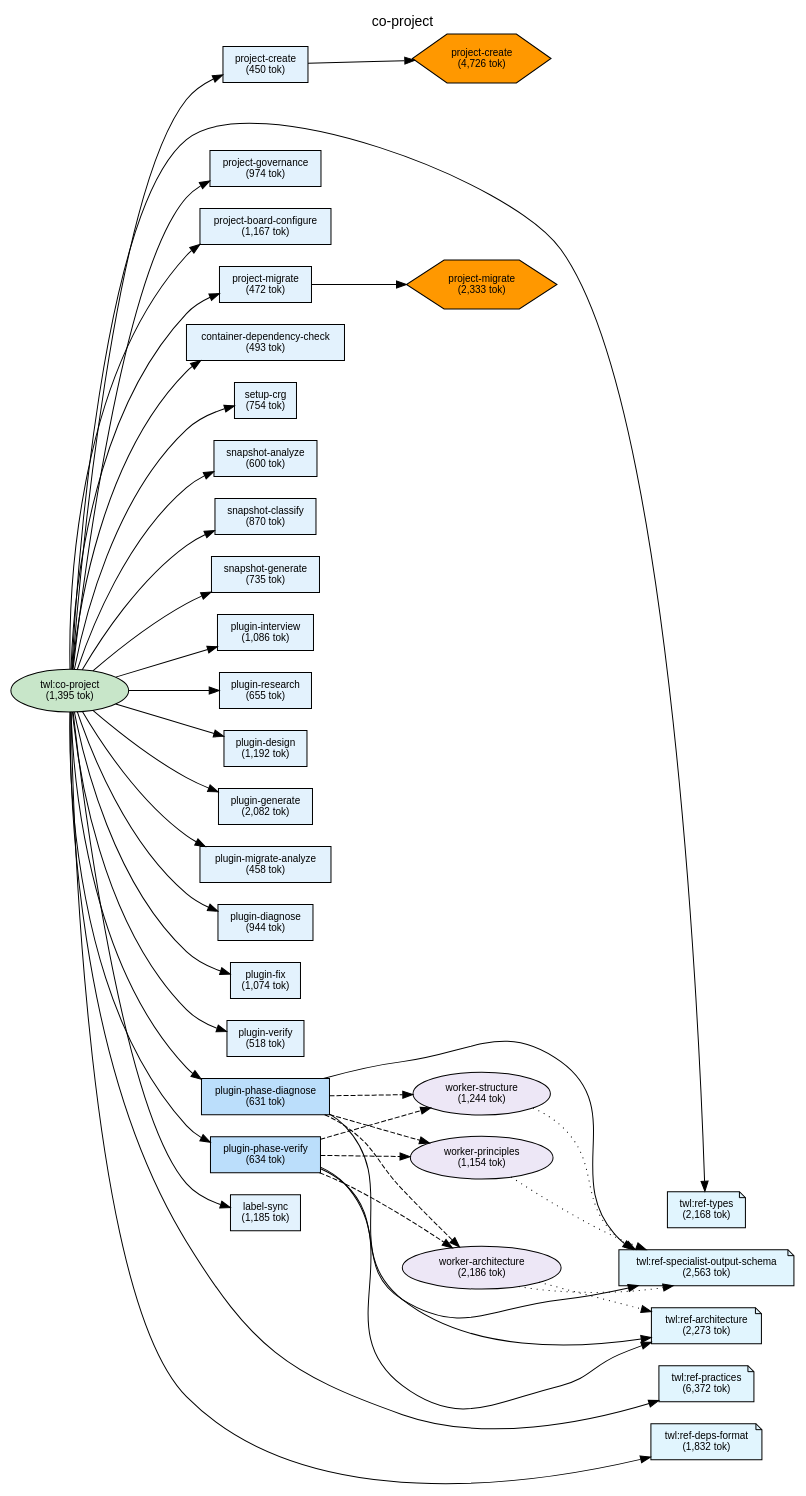
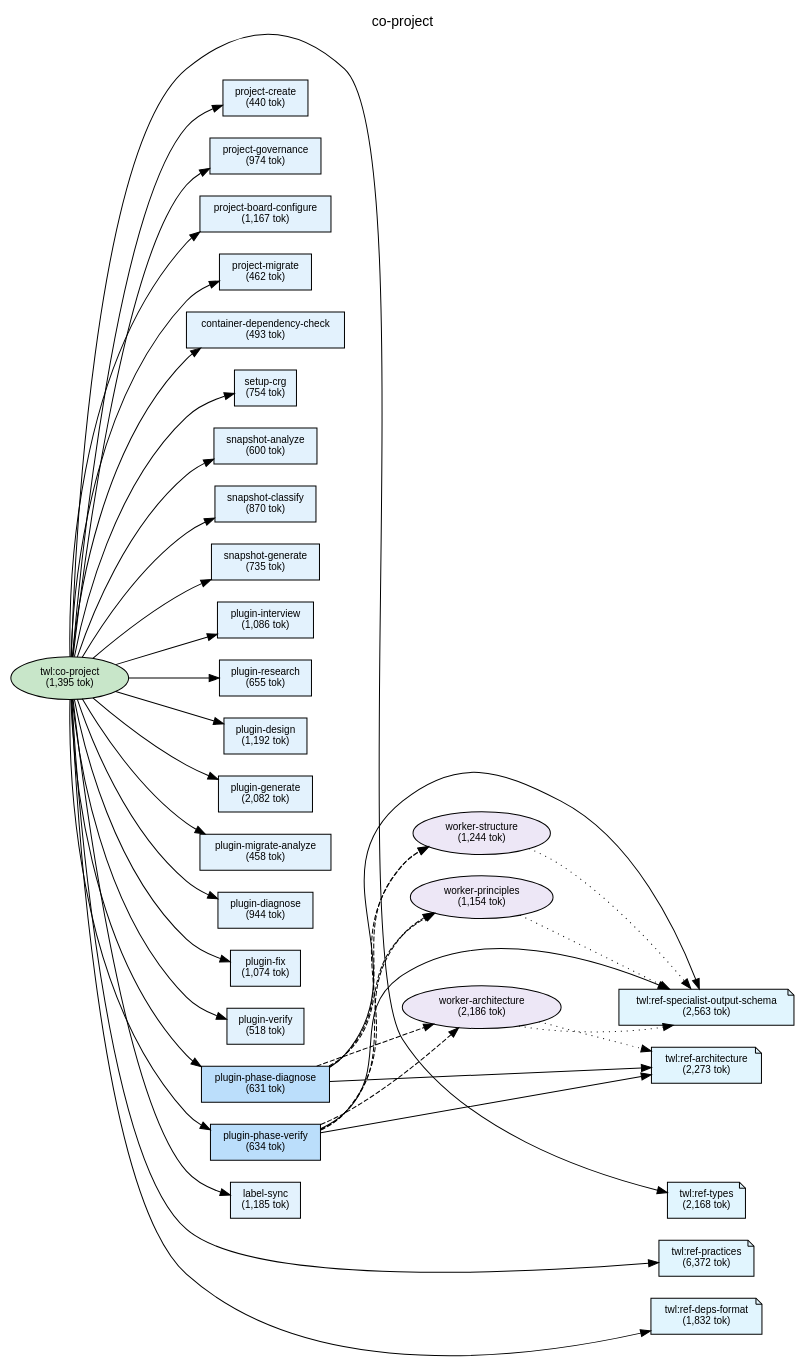
Before and after one commit to shuu5/twill: the diagram in plugins/twl/docs/deps-co-project.dot, drawn with Graphviz. The commit also changed 23 other files, not shown here.

```diff
--- a/plugins/twl/docs/deps-co-project.dot
+++ b/plugins/twl/docs/deps-co-project.dot
@@ -1,145 +1,140 @@
 digraph Dependencies {
     // Graph settings
     rankdir=LR;
     ranksep=0.8;
     nodesep=0.3;
     fontname="Helvetica";
     node [fontname="Helvetica", fontsize=10];
     edge [fontname="Helvetica", fontsize=9];
     label="co-project";
     labelloc=t;
     fontsize=14;
 
     // L0: Controller Skills
     skill_co_project [label="twl:co-project\n(1,395 tok)", shape=ellipse, style=filled, fillcolor="#c8e6c9"];
 
     // L0: Launchers
 
     // L0.5: Workflow Skills
 
     // Reference Skills
     skill_ref_specialist_output_schema [label="twl:ref-specialist-output-schema\n(2,563 tok)", shape=note, style=filled, fillcolor="#e1f5fe"];
     skill_ref_types [label="twl:ref-types\n(2,168 tok)", shape=note, style=filled, fillcolor="#e1f5fe"];
     skill_ref_practices [label="twl:ref-practices\n(6,372 tok)", shape=note, style=filled, fillcolor="#e1f5fe"];
     skill_ref_deps_format [label="twl:ref-deps-format\n(1,832 tok)", shape=note, style=filled, fillcolor="#e1f5fe"];
     skill_ref_architecture [label="twl:ref-architecture\n(2,273 tok)", shape=note, style=filled, fillcolor="#e1f5fe"];
 
     // L1: Direct Commands
     cmd_label_sync [label="label-sync\n(1,185 tok)", shape=box, style=filled, fillcolor="#e3f2fd"];
-    cmd_project_create [label="project-create\n(450 tok)", shape=box, style=filled, fillcolor="#e3f2fd"];
+    cmd_project_create [label="project-create\n(440 tok)", shape=box, style=filled, fillcolor="#e3f2fd"];
     cmd_project_board_configure [label="project-board-configure\n(1,167 tok)", shape=box, style=filled, fillcolor="#e3f2fd"];
     cmd_project_governance [label="project-governance\n(974 tok)", shape=box, style=filled, fillcolor="#e3f2fd"];
-    cmd_project_migrate [label="project-migrate\n(472 tok)", shape=box, style=filled, fillcolor="#e3f2fd"];
+    cmd_project_migrate [label="project-migrate\n(462 tok)", shape=box, style=filled, fillcolor="#e3f2fd"];
     cmd_container_dependency_check [label="container-dependency-check\n(493 tok)", shape=box, style=filled, fillcolor="#e3f2fd"];
     cmd_setup_crg [label="setup-crg\n(754 tok)", shape=box, style=filled, fillcolor="#e3f2fd"];
     cmd_snapshot_analyze [label="snapshot-analyze\n(600 tok)", shape=box, style=filled, fillcolor="#e3f2fd"];
     cmd_snapshot_classify [label="snapshot-classify\n(870 tok)", shape=box, style=filled, fillcolor="#e3f2fd"];
     cmd_snapshot_generate [label="snapshot-generate\n(735 tok)", shape=box, style=filled, fillcolor="#e3f2fd"];
     cmd_plugin_interview [label="plugin-interview\n(1,086 tok)", shape=box, style=filled, fillcolor="#e3f2fd"];
     cmd_plugin_research [label="plugin-research\n(655 tok)", shape=box, style=filled, fillcolor="#e3f2fd"];
     cmd_plugin_design [label="plugin-design\n(1,192 tok)", shape=box, style=filled, fillcolor="#e3f2fd"];
     cmd_plugin_generate [label="plugin-generate\n(2,082 tok)", shape=box, style=filled, fillcolor="#e3f2fd"];
     cmd_plugin_migrate_analyze [label="plugin-migrate-analyze\n(458 tok)", shape=box, style=filled, fillcolor="#e3f2fd"];
     cmd_plugin_diagnose [label="plugin-diagnose\n(944 tok)", shape=box, style=filled, fillcolor="#e3f2fd"];
     cmd_plugin_fix [label="plugin-fix\n(1,074 tok)", shape=box, style=filled, fillcolor="#e3f2fd"];
     cmd_plugin_verify [label="plugin-verify\n(518 tok)", shape=box, style=filled, fillcolor="#e3f2fd"];
     cmd_plugin_phase_diagnose [label="plugin-phase-diagnose\n(631 tok)", shape=box, style=filled, fillcolor="#bbdefb"];
     cmd_plugin_phase_verify [label="plugin-phase-verify\n(634 tok)", shape=box, style=filled, fillcolor="#bbdefb"];
 
     // L2: Sub Commands
 
     // L3: Agents
     agent_worker_structure [label="worker-structure\n(1,244 tok)", shape=ellipse, style=filled, fillcolor="#ede7f6"];
     agent_worker_principles [label="worker-principles\n(1,154 tok)", shape=ellipse, style=filled, fillcolor="#ede7f6"];
     agent_worker_architecture [label="worker-architecture\n(2,186 tok)", shape=ellipse, style=filled, fillcolor="#ede7f6"];
 
     // L3.5: Scripts
-    script_project_create [label="project-create\n(4,726 tok)", shape=hexagon, style=filled, fillcolor="#FF9800"];
-    script_project_migrate [label="project-migrate\n(2,333 tok)", shape=hexagon, style=filled, fillcolor="#FF9800"];
 
     // L4: External
 
     // Layer constraints
     { rank=same; skill_co_project; }
     { rank=same; skill_ref_specialist_output_schema; skill_ref_types; skill_ref_practices; skill_ref_deps_format; skill_ref_architecture; }
     { rank=same; cmd_label_sync; cmd_project_create; cmd_project_board_configure; cmd_project_governance; cmd_project_migrate; cmd_container_dependency_check; cmd_setup_crg; cmd_snapshot_analyze; cmd_snapshot_classify; cmd_snapshot_generate; cmd_plugin_interview; cmd_plugin_research; cmd_plugin_design; cmd_plugin_generate; cmd_plugin_migrate_analyze; cmd_plugin_diagnose; cmd_plugin_fix; cmd_plugin_verify; cmd_plugin_phase_diagnose; cmd_plugin_phase_verify; }
     { rank=same; agent_worker_structure; agent_worker_principles; agent_worker_architecture; }
-    { rank=same; script_project_create; script_project_migrate; }
 
     // Edges
     skill_co_project -> cmd_project_create;
     skill_co_project -> cmd_project_governance;
     skill_co_project -> cmd_project_board_configure;
     skill_co_project -> cmd_project_migrate;
     skill_co_project -> cmd_container_dependency_check;
     skill_co_project -> cmd_setup_crg;
     skill_co_project -> cmd_snapshot_analyze;
     skill_co_project -> cmd_snapshot_classify;
     skill_co_project -> cmd_snapshot_generate;
     skill_co_project -> cmd_plugin_interview;
     skill_co_project -> cmd_plugin_research;
     skill_co_project -> cmd_plugin_design;
     skill_co_project -> cmd_plugin_generate;
     skill_co_project -> cmd_plugin_migrate_analyze;
     skill_co_project -> cmd_plugin_diagnose;
     skill_co_project -> cmd_plugin_fix;
     skill_co_project -> cmd_plugin_verify;
     skill_co_project -> cmd_plugin_phase_diagnose;
     skill_co_project -> cmd_plugin_phase_verify;
     skill_co_project -> cmd_label_sync;
     skill_co_project -> skill_ref_types;
     skill_co_project -> skill_ref_practices;
     skill_co_project -> skill_ref_deps_format;
-    cmd_project_create -> script_project_create;
-    cmd_project_migrate -> script_project_migrate;
     cmd_plugin_phase_diagnose -> agent_worker_structure [style=dashed];
     cmd_plugin_phase_diagnose -> agent_worker_principles [style=dashed];
     cmd_plugin_phase_diagnose -> agent_worker_architecture [style=dashed];
     cmd_plugin_phase_diagnose -> skill_ref_specialist_output_schema;
     cmd_plugin_phase_diagnose -> skill_ref_architecture;
     cmd_plugin_phase_verify -> agent_worker_structure [style=dashed];
     cmd_plugin_phase_verify -> agent_worker_principles [style=dashed];
     cmd_plugin_phase_verify -> agent_worker_architecture [style=dashed];
     cmd_plugin_phase_verify -> skill_ref_specialist_output_schema;
     cmd_plugin_phase_verify -> skill_ref_architecture;
     agent_worker_structure -> skill_ref_specialist_output_schema [style=dotted];
     agent_worker_principles -> skill_ref_specialist_output_schema [style=dotted];
     agent_worker_architecture -> skill_ref_specialist_output_schema [style=dotted];
     agent_worker_architecture -> skill_ref_architecture [style=dotted];
 
     // Ordering constraints (invisible edges)
     cmd_project_create -> cmd_project_governance [style=invis, weight=10];
     cmd_project_governance -> cmd_project_board_configure [style=invis, weight=10];
     cmd_project_board_configure -> cmd_project_migrate [style=invis, weight=10];
     cmd_project_migrate -> cmd_container_dependency_check [style=invis, weight=10];
     cmd_container_dependency_check -> cmd_setup_crg [style=invis, weight=10];
     cmd_setup_crg -> cmd_snapshot_analyze [style=invis, weight=10];
     cmd_snapshot_analyze -> cmd_snapshot_classify [style=invis, weight=10];
     cmd_snapshot_classify -> cmd_snapshot_generate [style=invis, weight=10];
     cmd_snapshot_generate -> cmd_plugin_interview [style=invis, weight=10];
     cmd_plugin_interview -> cmd_plugin_research [style=invis, weight=10];
     cmd_plugin_research -> cmd_plugin_design [style=invis, weight=10];
     cmd_plugin_design -> cmd_plugin_generate [style=invis, weight=10];
     cmd_plugin_generate -> cmd_plugin_migrate_analyze [style=invis, weight=10];
     cmd_plugin_migrate_analyze -> cmd_plugin_diagnose [style=invis, weight=10];
     cmd_plugin_diagnose -> cmd_plugin_fix [style=invis, weight=10];
     cmd_plugin_fix -> cmd_plugin_verify [style=invis, weight=10];
     cmd_plugin_verify -> cmd_plugin_phase_diagnose [style=invis, weight=10];
     cmd_plugin_phase_diagnose -> cmd_plugin_phase_verify [style=invis, weight=10];
     cmd_plugin_phase_verify -> cmd_label_sync [style=invis, weight=10];
     cmd_label_sync -> skill_ref_types [style=invis, weight=10];
     skill_ref_types -> skill_ref_practices [style=invis, weight=10];
     skill_ref_practices -> skill_ref_deps_format [style=invis, weight=10];
     agent_worker_structure -> agent_worker_principles [style=invis, weight=10];
     agent_worker_principles -> agent_worker_architecture [style=invis, weight=10];
     agent_worker_architecture -> skill_ref_specialist_output_schema [style=invis, weight=10];
     skill_ref_specialist_output_schema -> skill_ref_architecture [style=invis, weight=10];
     agent_worker_structure -> agent_worker_principles [style=invis, weight=10];
     agent_worker_principles -> agent_worker_architecture [style=invis, weight=10];
     agent_worker_architecture -> skill_ref_specialist_output_schema [style=invis, weight=10];
     skill_ref_specialist_output_schema -> skill_ref_architecture [style=invis, weight=10];
     agent_worker_structure -> agent_worker_principles [style=invis, weight=10];
     agent_worker_structure -> agent_worker_principles [style=invis, weight=10];
     agent_worker_architecture -> skill_ref_specialist_output_schema [style=invis, weight=10];
 
 }
```
